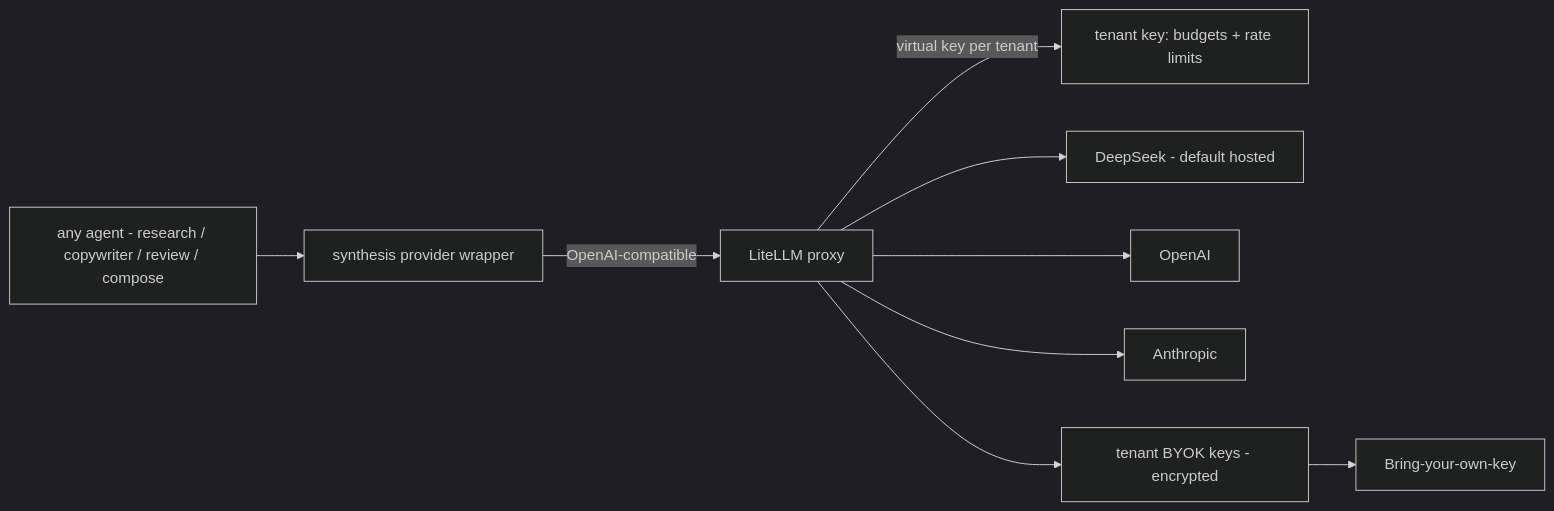
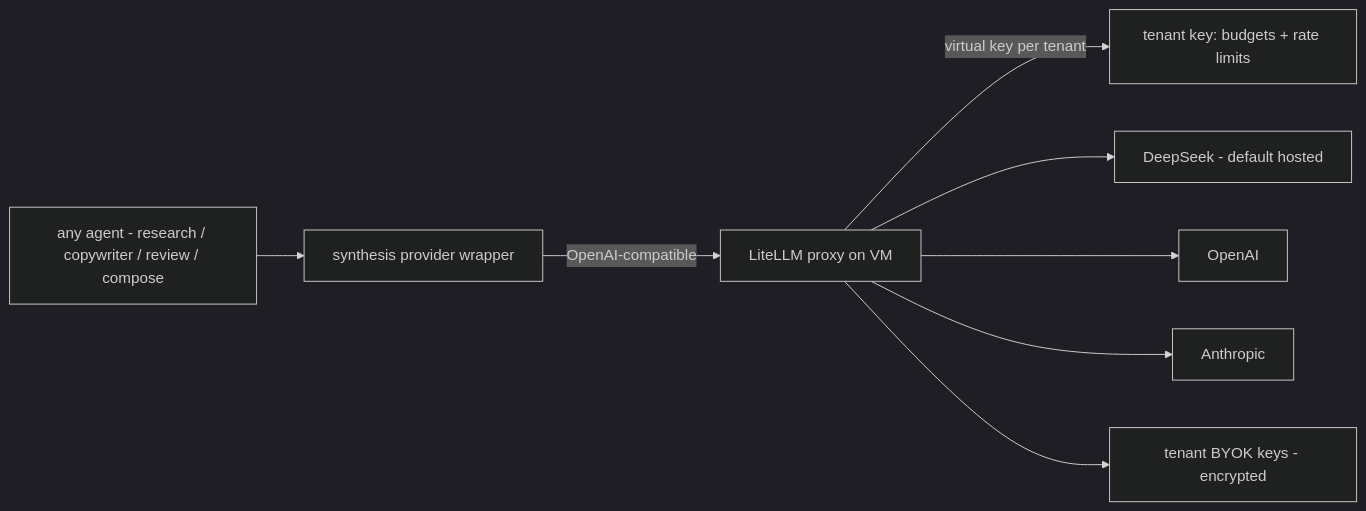
The fifth of 8 diagrams in docs/lld.md (noah-sheldon/contentforge), drawn with Mermaid (dark theme) before and after one commit. The commit also changed other lines of this file and 2 other files, not shown here.

````diff
--- a/docs/lld.md
+++ b/docs/lld.md
@@ -159,11 +169,10 @@
 ```mermaid
 flowchart LR
     AGENT[any agent - research / copywriter / review / compose] --> SYNTH[synthesis provider wrapper]
-    SYNTH -->|OpenAI-compatible| LP[LiteLLM proxy]
+    SYNTH -->|OpenAI-compatible| LP[LiteLLM proxy on VM]
     LP -->|virtual key per tenant| VK[tenant key: budgets + rate limits]
     LP --> R1[DeepSeek - default hosted]
     LP --> R2[OpenAI]
     LP --> R3[Anthropic]
     LP --> R4[tenant BYOK keys - encrypted]
-    R4 --> B[Bring-your-own-key]
 ```
````
